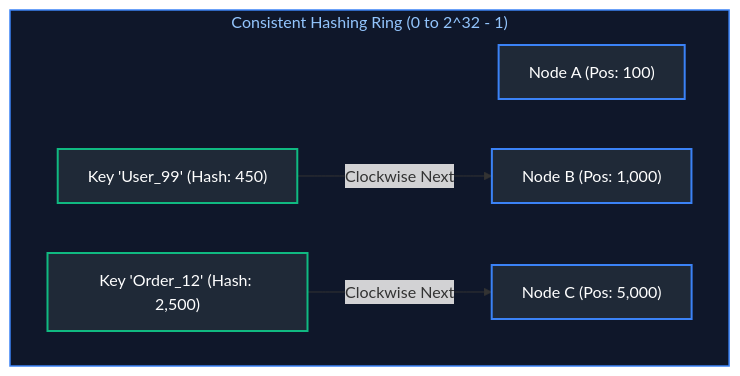
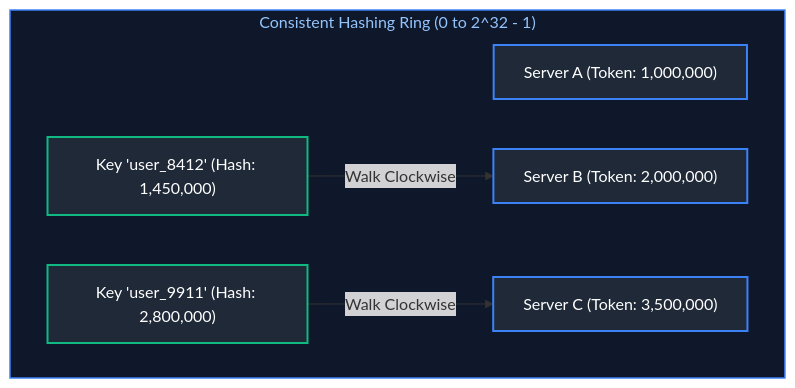
One commit to joydeep-biswas/Interview-Preparation changed the ninth of 19 diagrams in Data Engineering/05_distributed_systems_and_apis.md. Above: the diagram before and after it, drawn with Mermaid. The commit also changed other lines of this file and 143 other files, not shown here.

````diff
--- a/Data Engineering/05_distributed_systems_and_apis.md
+++ b/Data Engineering/05_distributed_systems_and_apis.md
@@ -599,19 +579,18 @@
 ```mermaid
 flowchart TD
     subgraph HashRing ["Consistent Hashing Ring (0 to 2^32 - 1)"]
-        N1["Node A (Pos: 100)"]
-        N2["Node B (Pos: 1,000)"]
-        N3["Node C (Pos: 5,000)"]
+        NodeA["Server A (Token: 1,000,000)"]
+        NodeB["Server B (Token: 2,000,000)"]
+        NodeC["Server C (Token: 3,500,000)"]
         
-        K1["Key 'User_99' (Hash: 450)"] -->|Clockwise Next| N2
-        K2["Key 'Order_12' (Hash: 2,500)"] -->|Clockwise Next| N3
+        Key1["Key 'user_8412' (Hash: 1,450,000)"] -->|Walk Clockwise| NodeB
+        Key2["Key 'user_9911' (Hash: 2,800,000)"] -->|Walk Clockwise| NodeC
     end
 
     style HashRing fill:#0f172a,stroke:#3b82f6,stroke-width:1.5px,color:#93c5fd
-
-    style N1 fill:#1f2937,stroke:#3b82f6,stroke-width:2px,color:#fff
-    style N2 fill:#1f2937,stroke:#3b82f6,stroke-width:2px,color:#fff
-    style N3 fill:#1f2937,stroke:#3b82f6,stroke-width:2px,color:#fff
-    style K1 fill:#1f2937,stroke:#10b981,stroke-width:2px,color:#fff
-    style K2 fill:#1f2937,stroke:#10b981,stroke-width:2px,color:#fff
+    style NodeA fill:#1f2937,stroke:#3b82f6,stroke-width:2px,color:#fff
+    style NodeB fill:#1f2937,stroke:#3b82f6,stroke-width:2px,color:#fff
+    style NodeC fill:#1f2937,stroke:#3b82f6,stroke-width:2px,color:#fff
+    style Key1 fill:#1f2937,stroke:#10b981,stroke-width:2px,color:#fff
+    style Key2 fill:#1f2937,stroke:#10b981,stroke-width:2px,color:#fff
 ```
````
